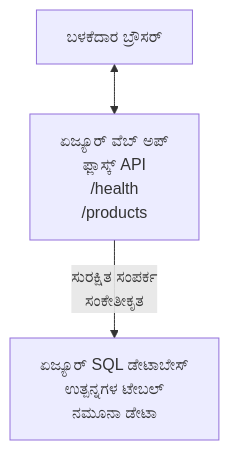
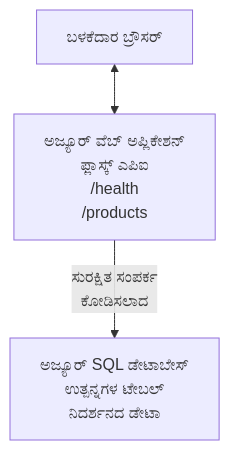
Before and after one commit to microsoft/AZD-for-beginners: the diagram in translations/kn/examples/database-app/README.md, drawn with Mermaid. The commit also changed other lines of this file and 101 other files, not shown here.

````diff
--- a/translations/kn/examples/database-app/README.md
+++ b/translations/kn/examples/database-app/README.md
@@ -72,5 +72,5 @@
 ```mermaid
 graph TD
-    Browser[ಬಳಕೆದಾರ ಬ್ರೌಸರ್] <--> WebApp[ಏಜ್ಯೂರ್ ವೆಬ್ ಅಪ್<br/>ಫ್ಲಾಸ್ಕ್ API<br/>/health<br/>/products]
-    WebApp -- ಸುರಕ್ಷಿತ ಸಂಪರ್ಕ<br/>ಸಂಕೇತೀಕೃತ --> SQL[ಏಜ್ಯೂರ್ SQL ಡೇಟಾಬೇಸ್<br/>ಉತ್ಪನ್ನಗಳ ಟೇಬಲ್<br/>ನಮೂನಾ ಡೇಟಾ]
+    Browser[ಬಳಕೆದಾರ ಬ್ರೌಸರ್] <--> WebApp[ಅಜ್ಯೂರ್ ವೆಬ್ ಅಪ್ಲಿಕೇಶನ್<br/>ಫ್ಲಾಸ್ಕ್ ಎಪಿಐ<br/>/health<br/>/products]
+    WebApp -- ಸುರಕ್ಷಿತ ಸಂಪರ್ಕ<br/>ಕೋಡಿಸಲಾದ --> SQL[ಅಜ್ಯೂರ್ SQL ಡೇಟಾಬೇಸ್<br/>ಉತ್ಪನ್ನಗಳ ಟೇಬಲ್<br/>ನಿದರ್ಶನದ ಡೇಟಾ]
 ```
````
